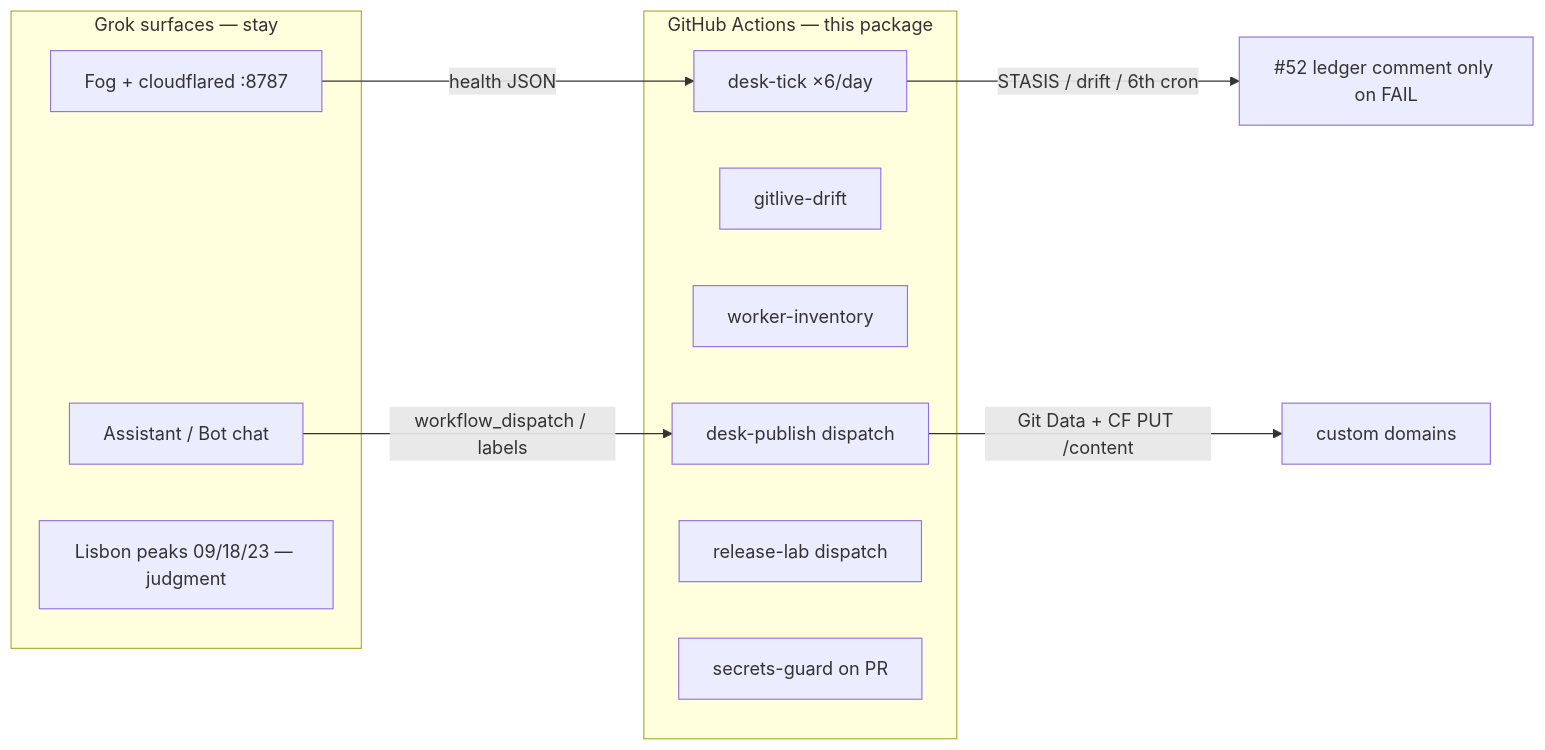
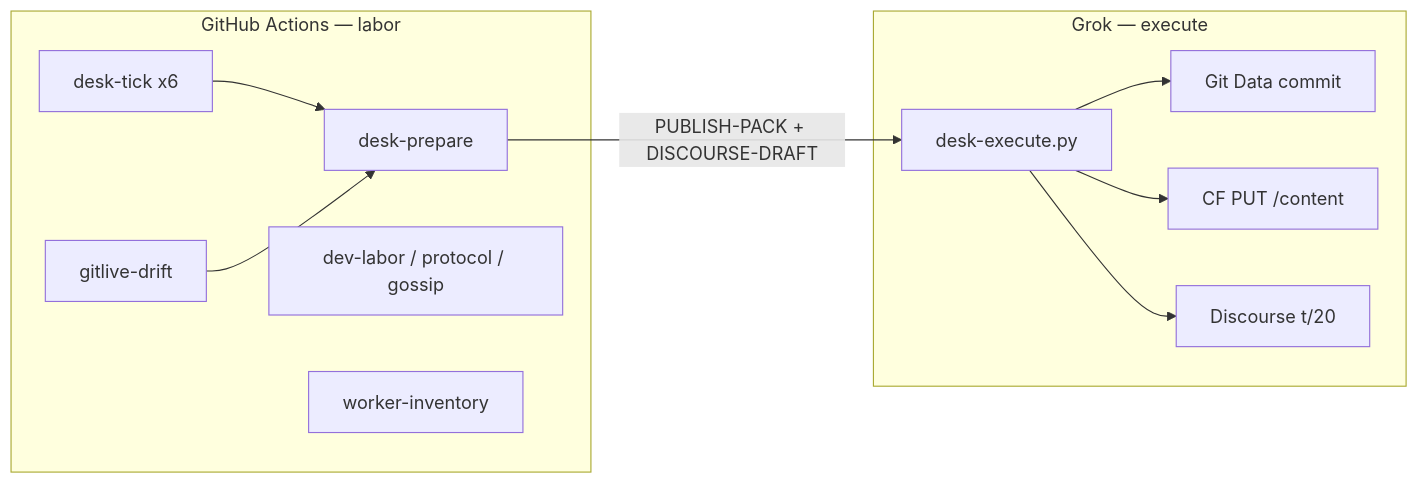
The diagram in docs/EDGE-GROK-ACTIONS-PACKAGE.md (StrataMesh-Laboratory/stratamesh-core), drawn with Mermaid before and after one commit. The commit also changed other lines of this file and 9 other files, not shown here.

First line of the commit message:
ops(gha): labor on Actions, execute git+live+discourse on Grok

````diff
--- a/docs/EDGE-GROK-ACTIONS-PACKAGE.md
+++ b/docs/EDGE-GROK-ACTIONS-PACKAGE.md
@@ -9,20 +14,22 @@
 ```mermaid
 flowchart LR
-  subgraph grok [Grok surfaces — stay]
-    Fog["Fog + cloudflared :8787"]
-    Chat["Assistant / Bot chat"]
-    Peak["Lisbon peaks 09/18/23 — judgment"]
+  subgraph gha [GitHub Actions — labor]
+    Tick[desk-tick x6]
+    Prep[desk-prepare]
+    Dev[dev-labor / protocol / gossip]
+    Drift[gitlive-drift]
+    Inv[worker-inventory]
   end
-  subgraph gha [GitHub Actions — this package]
-    Tick["desk-tick ×6/day"]
-    Drift["gitlive-drift"]
-    Inv["worker-inventory"]
-    Pub["desk-publish dispatch"]
-    Rel["release-lab dispatch"]
-    Guard["secrets-guard on PR"]
+  subgraph grok [Grok — execute]
+    Ex["desk-execute.py"]
+    Git[Git Data commit]
+    Live[CF PUT /content]
+    Disc[Discourse t/20]
   end
-  Fog -->|health JSON| Tick
-  Tick -->|STASIS / drift / 6th cron| Iss["#52 ledger comment only on FAIL"]
-  Pub -->|Git Data + CF PUT /content| Live["custom domains"]
-  Chat -->|workflow_dispatch / labels| Pub
+  Tick --> Prep
+  Drift --> Prep
+  Prep -->|PUBLISH-PACK + DISCOURSE-DRAFT| Ex
+  Ex --> Git
+  Ex --> Live
+  Ex --> Disc
 ```
````
